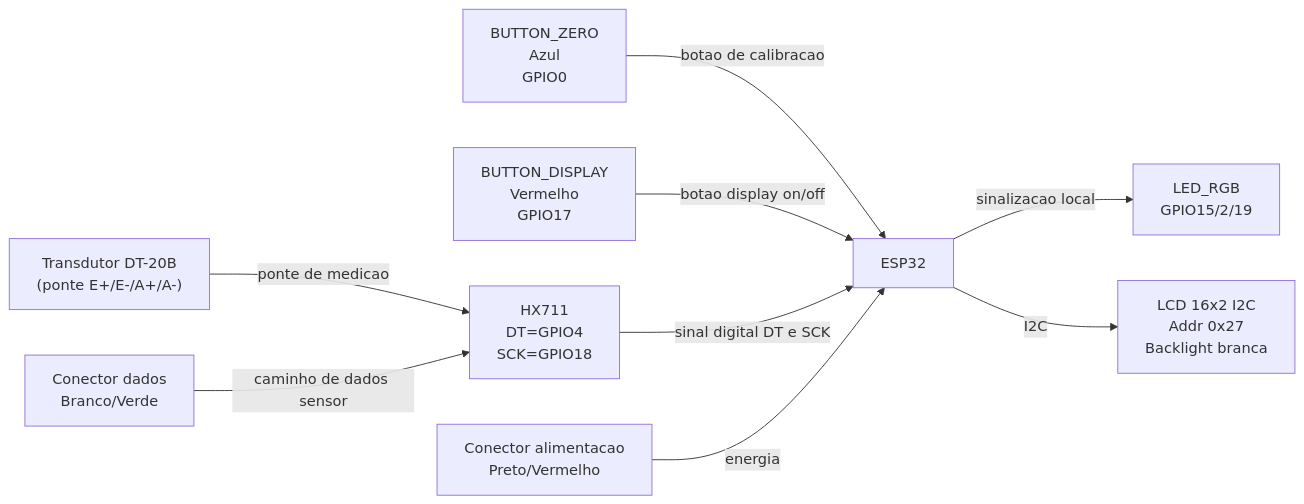
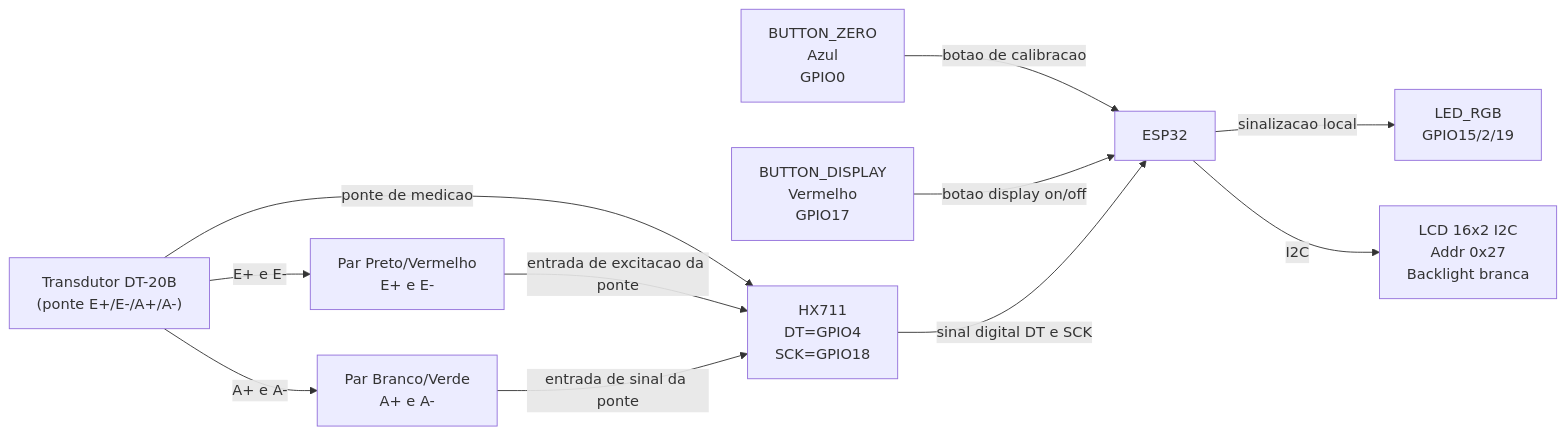
Before and after one commit to Gabriel-Goes/2023M4T9Inteli-grupo5: the diagram in src/prototipo/s5/README_DT20B.md, drawn with Mermaid. The commit also changed other lines of this file, not shown here.

Commit message:
docs(s5): correct DT-20B bridge connector mapping E+/E- and A+/A-

````diff
--- a/src/prototipo/s5/README_DT20B.md
+++ b/src/prototipo/s5/README_DT20B.md
@@ -28,21 +29,23 @@
 ```mermaid
 flowchart LR
     BTN_ZERO["BUTTON_ZERO<br/>Azul<br/>GPIO0"]
     BTN_DISP["BUTTON_DISPLAY<br/>Vermelho<br/>GPIO17"]
     ESP32["ESP32"]
     LED["LED_RGB<br/>GPIO15/2/19"]
     LCD["LCD 16x2 I2C<br/>Addr 0x27<br/>Backlight branca"]
     HX["HX711<br/>DT=GPIO4<br/>SCK=GPIO18"]
     DT20B["Transdutor DT-20B<br/>(ponte E+/E-/A+/A-)"]
-    PWR["Conector alimentacao<br/>Preto/Vermelho"]
-    DATA["Conector dados<br/>Branco/Verde"]
+    EPAIR["Par Preto/Vermelho<br/>E+ e E-"]
+    APAIR["Par Branco/Verde<br/>A+ e A-"]
 
     BTN_ZERO -->|botao de calibracao| ESP32
     BTN_DISP -->|botao display on/off| ESP32
     ESP32 -->|sinalizacao local| LED
     ESP32 -->|I2C| LCD
     DT20B -->|ponte de medicao| HX
+    DT20B -->|E+ e E-| EPAIR
+    EPAIR -->|entrada de excitacao da ponte| HX
+    DT20B -->|A+ e A-| APAIR
+    APAIR -->|entrada de sinal da ponte| HX
     HX -->|sinal digital DT e SCK| ESP32
-    PWR -->|energia| ESP32
-    DATA -->|caminho de dados sensor| HX
 ```
````
